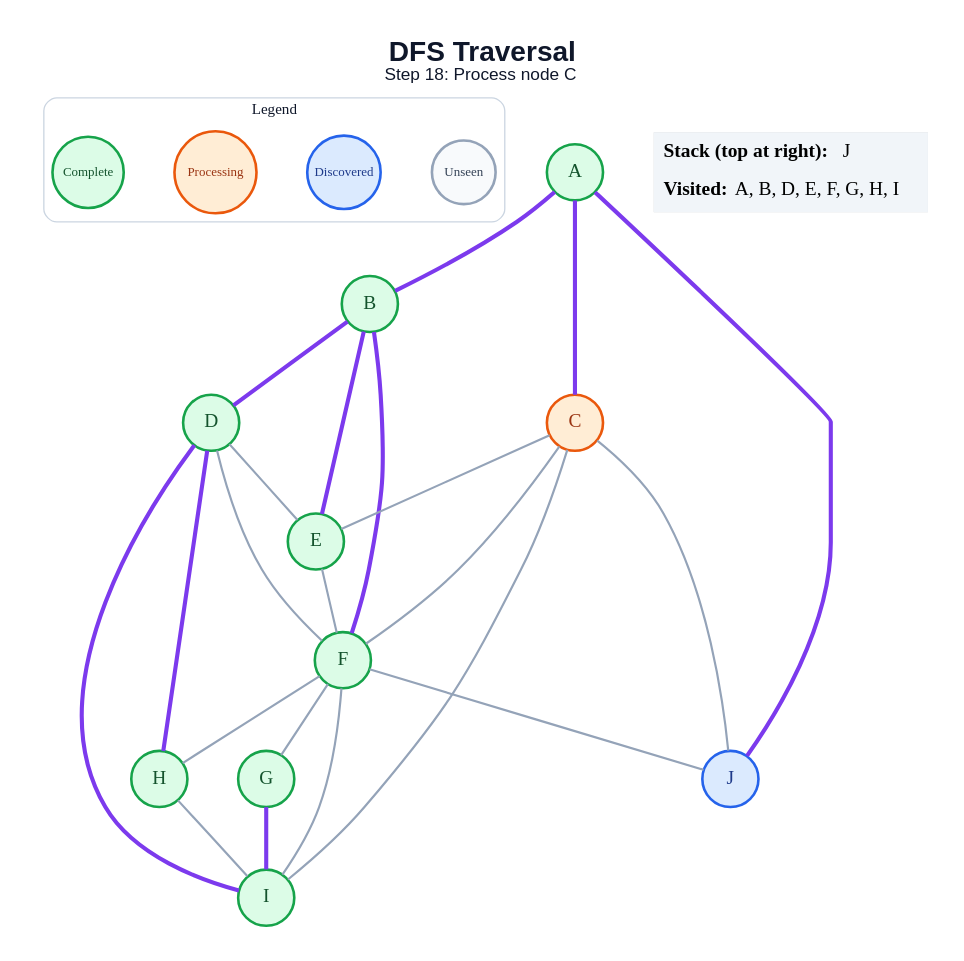
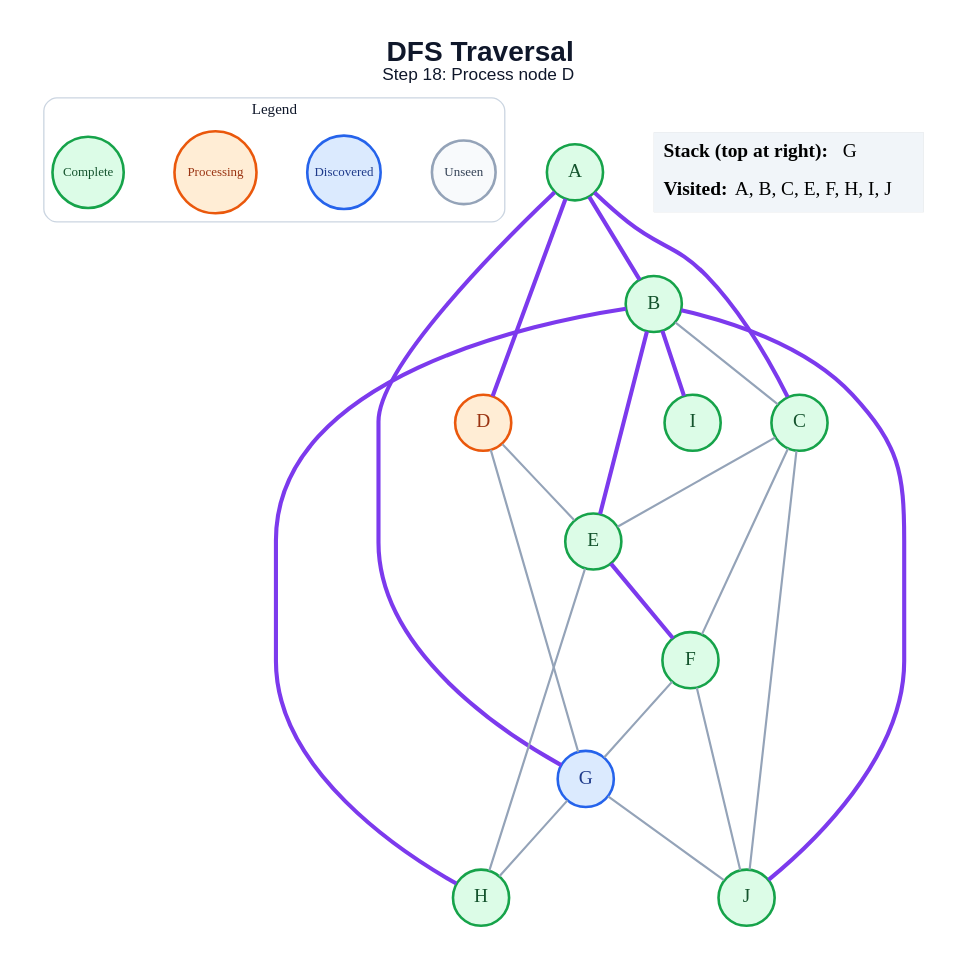
One commit to amanghodawala9/ai-slop changed the diagram in generated/dfs/step_18.dot. Above: the diagram before and after it, drawn with Graphviz. The commit also changed 178 other files, not shown here.

```diff
--- a/generated/dfs/step_18.dot
+++ b/generated/dfs/step_18.dot
@@ -1,50 +1,49 @@
 graph traversal {
   graph [layout=dot, rankdir=TB, bgcolor="#FFFFFF", pad="0.35", nodesep="0.65", ranksep="0.8", fontname="Arial"];
   node [shape=circle, style="filled", fontname="Arial Bold", fontsize=18, width=0.72, fixedsize=true, penwidth=2.4];
   edge [color="#94A3B8", penwidth=2.0];
-  label=<<B>DFS Traversal</B><BR/><FONT POINT-SIZE="16">Step 18: Process node C</FONT>>; labelloc="t"; fontsize=26; fontname="Arial"; fontcolor="#0F172A";
+  label=<<B>DFS Traversal</B><BR/><FONT POINT-SIZE="16">Step 18: Process node D</FONT>>; labelloc="t"; fontsize=26; fontname="Arial"; fontcolor="#0F172A";
   subgraph cluster_legend { label="Legend"; color="#CBD5E1"; penwidth=1.2; style="rounded"; fontsize=14; fontname="Arial Bold";
     key_unseen [label="Unseen", fillcolor="#F8FAFC", color="#94A3B8", fontcolor="#334155", fontsize=12, width=0.82];
     key_frontier [label="Discovered", fillcolor="#DBEAFE", color="#2563EB", fontcolor="#1E3A8A", fontsize=12, width=0.95];
     key_current [label="Processing", fillcolor="#FFEDD5", color="#EA580C", fontcolor="#9A3412", fontsize=12, width=1.05];
     key_done [label="Complete", fillcolor="#DCFCE7", color="#16A34A", fontcolor="#14532D", fontsize=12, width=0.92];
     { rank=same; key_unseen; key_frontier; key_current; key_done; }
   }
   A [fillcolor="#DCFCE7", color="#16A34A", fontcolor="#14532D"];
   B [fillcolor="#DCFCE7", color="#16A34A", fontcolor="#14532D"];
-  C [fillcolor="#FFEDD5", color="#EA580C", fontcolor="#9A3412"];
-  D [fillcolor="#DCFCE7", color="#16A34A", fontcolor="#14532D"];
+  C [fillcolor="#DCFCE7", color="#16A34A", fontcolor="#14532D"];
+  D [fillcolor="#FFEDD5", color="#EA580C", fontcolor="#9A3412"];
   E [fillcolor="#DCFCE7", color="#16A34A", fontcolor="#14532D"];
   F [fillcolor="#DCFCE7", color="#16A34A", fontcolor="#14532D"];
-  G [fillcolor="#DCFCE7", color="#16A34A", fontcolor="#14532D"];
+  G [fillcolor="#DBEAFE", color="#2563EB", fontcolor="#1E3A8A"];
   H [fillcolor="#DCFCE7", color="#16A34A", fontcolor="#14532D"];
   I [fillcolor="#DCFCE7", color="#16A34A", fontcolor="#14532D"];
-  J [fillcolor="#DBEAFE", color="#2563EB", fontcolor="#1E3A8A"];
+  J [fillcolor="#DCFCE7", color="#16A34A", fontcolor="#14532D"];
   A -- B [color="#7C3AED", penwidth=3.8];
   A -- C [color="#7C3AED", penwidth=3.8];
-  A -- J [color="#7C3AED", penwidth=3.8];
-  B -- D [color="#7C3AED", penwidth=3.8];
+  A -- D [color="#7C3AED", penwidth=3.8];
+  A -- G [color="#7C3AED", penwidth=3.8];
+  B -- C;
   B -- E [color="#7C3AED", penwidth=3.8];
-  B -- F [color="#7C3AED", penwidth=3.8];
+  B -- H [color="#7C3AED", penwidth=3.8];
+  B -- I [color="#7C3AED", penwidth=3.8];
+  B -- J [color="#7C3AED", penwidth=3.8];
   C -- E;
   C -- F;
-  C -- I;
   C -- J;
   D -- E;
-  D -- F;
-  D -- H [color="#7C3AED", penwidth=3.8];
-  D -- I [color="#7C3AED", penwidth=3.8];
-  E -- F;
+  D -- G;
+  E -- F [color="#7C3AED", penwidth=3.8];
+  E -- H;
   F -- G;
-  F -- H;
-  F -- I;
   F -- J;
-  G -- I [color="#7C3AED", penwidth=3.8];
-  H -- I;
+  G -- H;
+  G -- J;
   status [shape=plain, fixedsize=false, width=0, height=0, margin=0, label=<
     <TABLE BORDER="0" CELLBORDER="0" CELLPADDING="7" BGCOLOR="#F1F5F9">
-      <TR><TD ALIGN="LEFT"><B>Stack (top at right):</B> J</TD></TR>
-      <TR><TD ALIGN="LEFT"><B>Visited:</B> A, B, D, E, F, G, H, I</TD></TR>
+      <TR><TD ALIGN="LEFT"><B>Stack (top at right):</B> G</TD></TR>
+      <TR><TD ALIGN="LEFT"><B>Visited:</B> A, B, C, E, F, H, I, J</TD></TR>
     </TABLE>
   >];
 }
```
